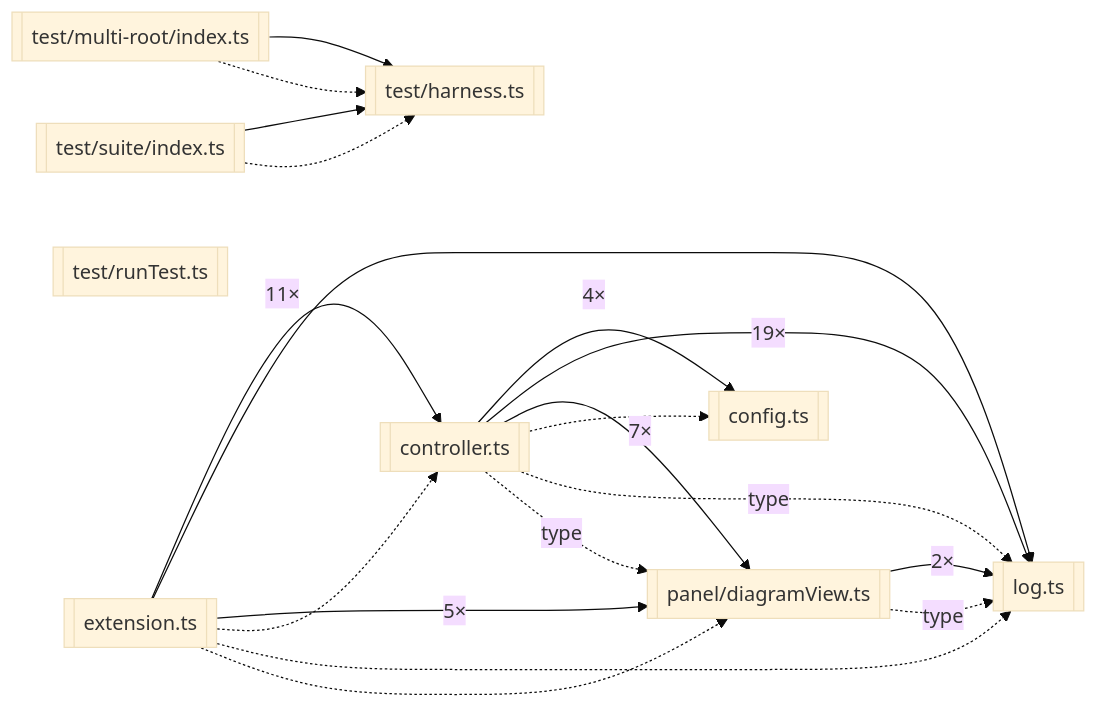
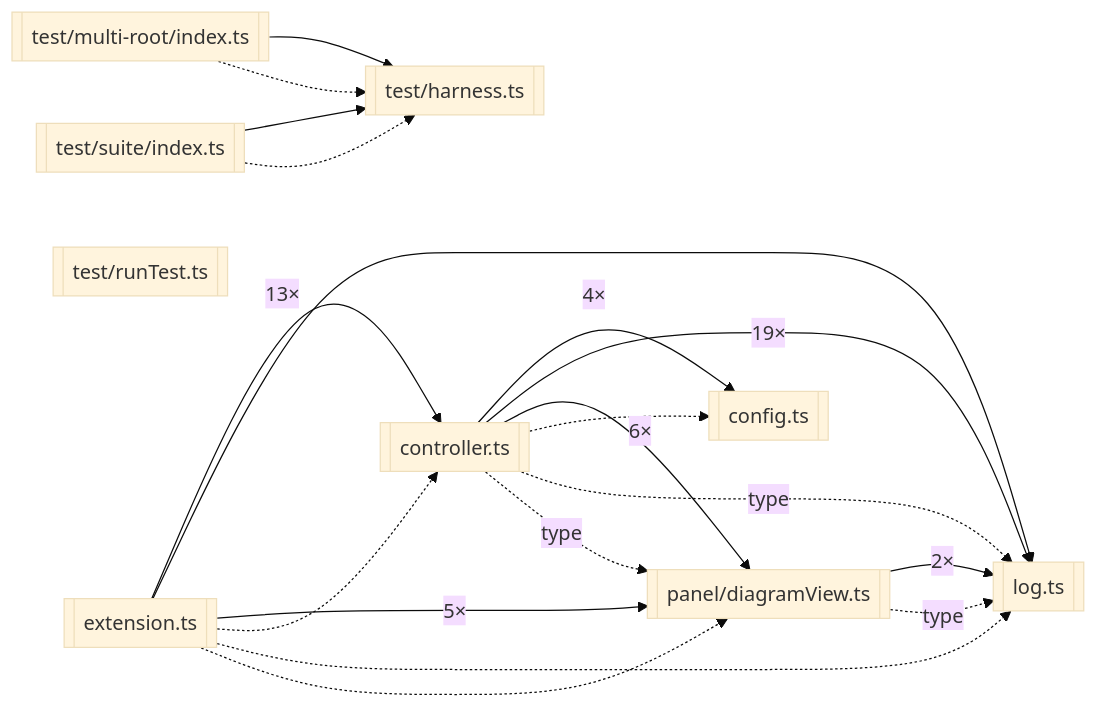
Before and after one commit to georgyia/surrounded-by-slop: the third of 3 diagrams in docs/architecture.md, drawn with Mermaid (base theme). The commit also changed other lines of this file and 14 other files, not shown here.

First line of the commit message:
feat: readable diagrams — edge hierarchy and auto folder depth (#98, #99) (#103)

````diff
--- a/docs/architecture.md
+++ b/docs/architecture.md
@@ -271,30 +278,30 @@
 ```mermaid
 flowchart LR
   module_config_ts[["config.ts"]]
   module_controller_ts[["controller.ts"]]
   module_extension_ts[["extension.ts"]]
   module_log_ts[["log.ts"]]
   module_panel_diagramView_ts[["panel/diagramView.ts"]]
   module_test_harness_ts[["test/harness.ts"]]
   module_test_multi_root_index_ts[["test/multi-root/index.ts"]]
   module_test_runTest_ts[["test/runTest.ts"]]
   module_test_suite_index_ts[["test/suite/index.ts"]]
   module_controller_ts -->|"4×"| module_config_ts
   module_controller_ts -->|"19×"| module_log_ts
-  module_controller_ts -->|"7×"| module_panel_diagramView_ts
-  module_extension_ts -->|"11×"| module_controller_ts
+  module_controller_ts -->|"6×"| module_panel_diagramView_ts
+  module_extension_ts -->|"13×"| module_controller_ts
   module_extension_ts --> module_log_ts
   module_extension_ts -->|"5×"| module_panel_diagramView_ts
   module_panel_diagramView_ts -->|"2×"| module_log_ts
   module_test_multi_root_index_ts --> module_test_harness_ts
   module_test_suite_index_ts --> module_test_harness_ts
   module_controller_ts -.-> module_config_ts
   module_controller_ts -.->|"type"| module_log_ts
   module_controller_ts -.->|"type"| module_panel_diagramView_ts
   module_extension_ts -.-> module_controller_ts
   module_extension_ts -.-> module_log_ts
   module_extension_ts -.-> module_panel_diagramView_ts
   module_panel_diagramView_ts -.->|"type"| module_log_ts
   module_test_multi_root_index_ts -.-> module_test_harness_ts
   module_test_suite_index_ts -.-> module_test_harness_ts
 ```
````
